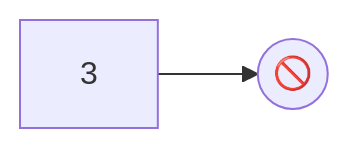
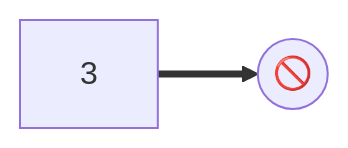
Before and after one commit to raganwald/raganwald.github.com: the third of 13 diagrams in _posts/2026-02-15-nuralagus-rex.md, drawn with Mermaid. The commit also changed other lines of this file, not shown here.

```diff
--- a/_posts/2026-02-15-nuralagus-rex.md
+++ b/_posts/2026-02-15-nuralagus-rex.md
@@ -42,7 +42,7 @@
 <div class="mermaid">
   graph LR
     d["3"]
     Empty(("🚫"))
 
-    d-->Empty
+    d==>Empty
 </div>
```
